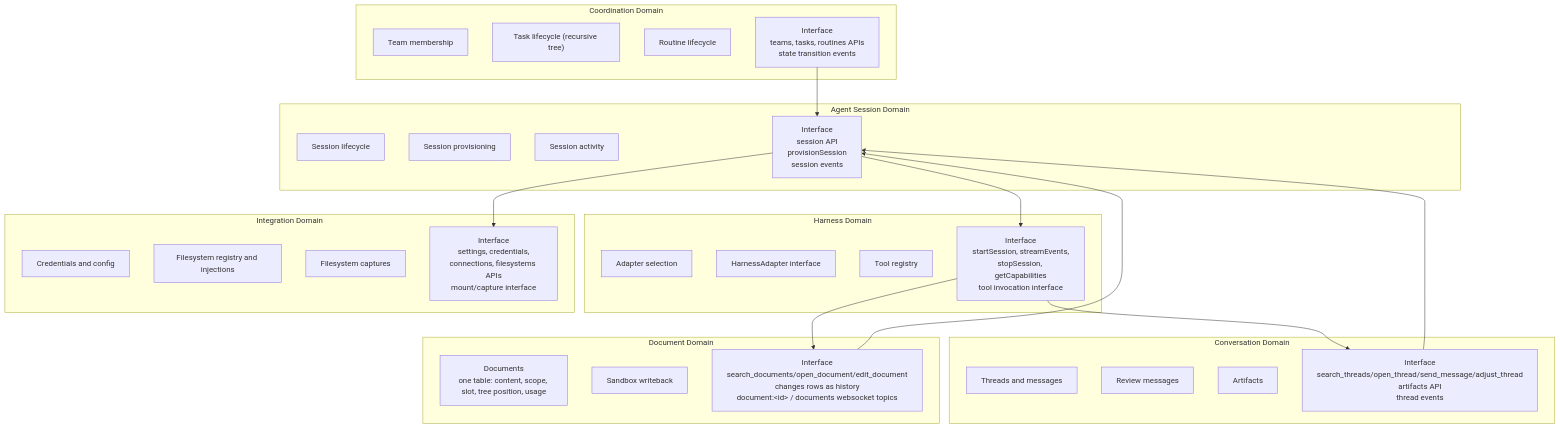
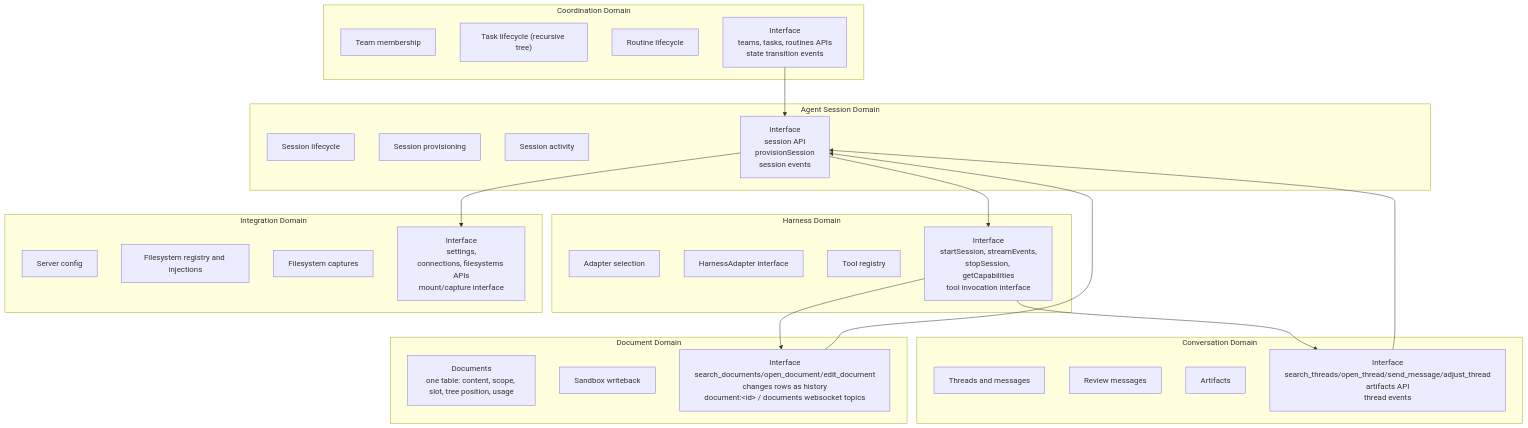
Before and after one commit to idle-builders/hyperidle: the second of 12 diagrams in docs/architecture/as-implemented-domain-architecture.md, drawn with Mermaid. The commit also changed other lines of this file and 191 other files, not shown here.

````diff
--- a/docs/architecture/as-implemented-domain-architecture.md
+++ b/docs/architecture/as-implemented-domain-architecture.md
@@ -41,51 +41,51 @@
 ```mermaid
 flowchart TB
   subgraph Coordination["Coordination Domain"]
     Team["Team membership"]
     Task["Task lifecycle (recursive tree)"]
     Routine["Routine lifecycle"]
     CoordinationAPI["Interface\nteams, tasks, routines APIs\nstate transition events"]
   end
 
   subgraph Conversation["Conversation Domain"]
     Thread["Threads and messages"]
     Review["Review messages"]
     Artifact["Artifacts"]
     ConversationAPI["Interface\nsearch_threads/open_thread/send_message/adjust_thread\nartifacts API\nthread events"]
   end
 
   subgraph Knowledge["Document Domain"]
     Document["Documents\none table: content, scope, slot, tree position, usage"]
     Writeback["Sandbox writeback"]
     KnowledgeAPI["Interface\nsearch_documents/open_document/edit_document\nchanges rows as history\ndocument:&lt;id&gt; / documents websocket topics"]
   end
 
   subgraph Session["Agent Session Domain"]
     SessionLifecycle["Session lifecycle"]
     Provisioning["Session provisioning"]
     Activity["Session activity"]
     SessionAPI["Interface\nsession API\nprovisionSession\nsession events"]
   end
 
   subgraph Harness["Harness Domain"]
     AdapterPool["Adapter selection"]
     AdapterContract["HarnessAdapter interface"]
     Tools["Tool registry"]
     HarnessAPI["Interface\nstartSession, streamEvents,\nstopSession, getCapabilities\ntool invocation interface"]
   end
 
   subgraph Integration["Integration Domain"]
-    Credentials["Credentials and config"]
+    Config["Server config"]
     Filesystems["Filesystem registry and injections"]
     Captures["Filesystem captures"]
-    IntegrationAPI["Interface\nsettings, credentials,\nconnections, filesystems APIs\nmount/capture interface"]
+    IntegrationAPI["Interface\nsettings,\nconnections, filesystems APIs\nmount/capture interface"]
   end
 
   CoordinationAPI --> SessionAPI
   ConversationAPI --> SessionAPI
   KnowledgeAPI --> SessionAPI
   SessionAPI --> HarnessAPI
   SessionAPI --> IntegrationAPI
   HarnessAPI --> ConversationAPI
   HarnessAPI --> KnowledgeAPI
 ```
````
